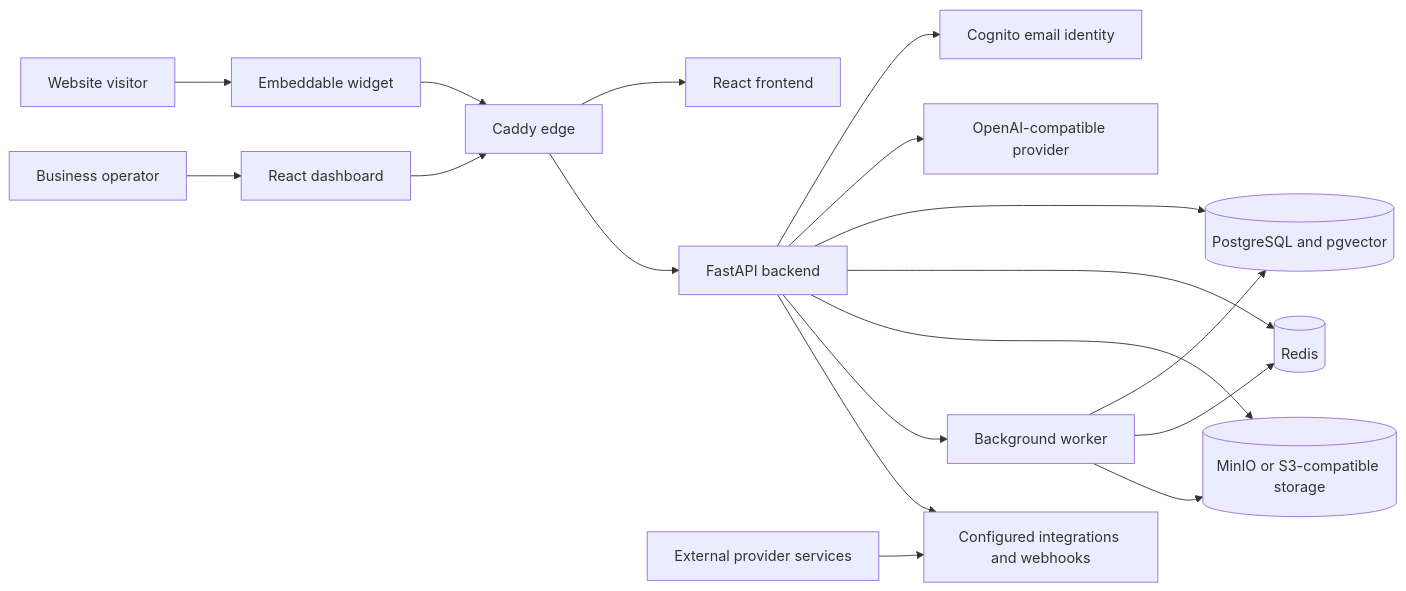
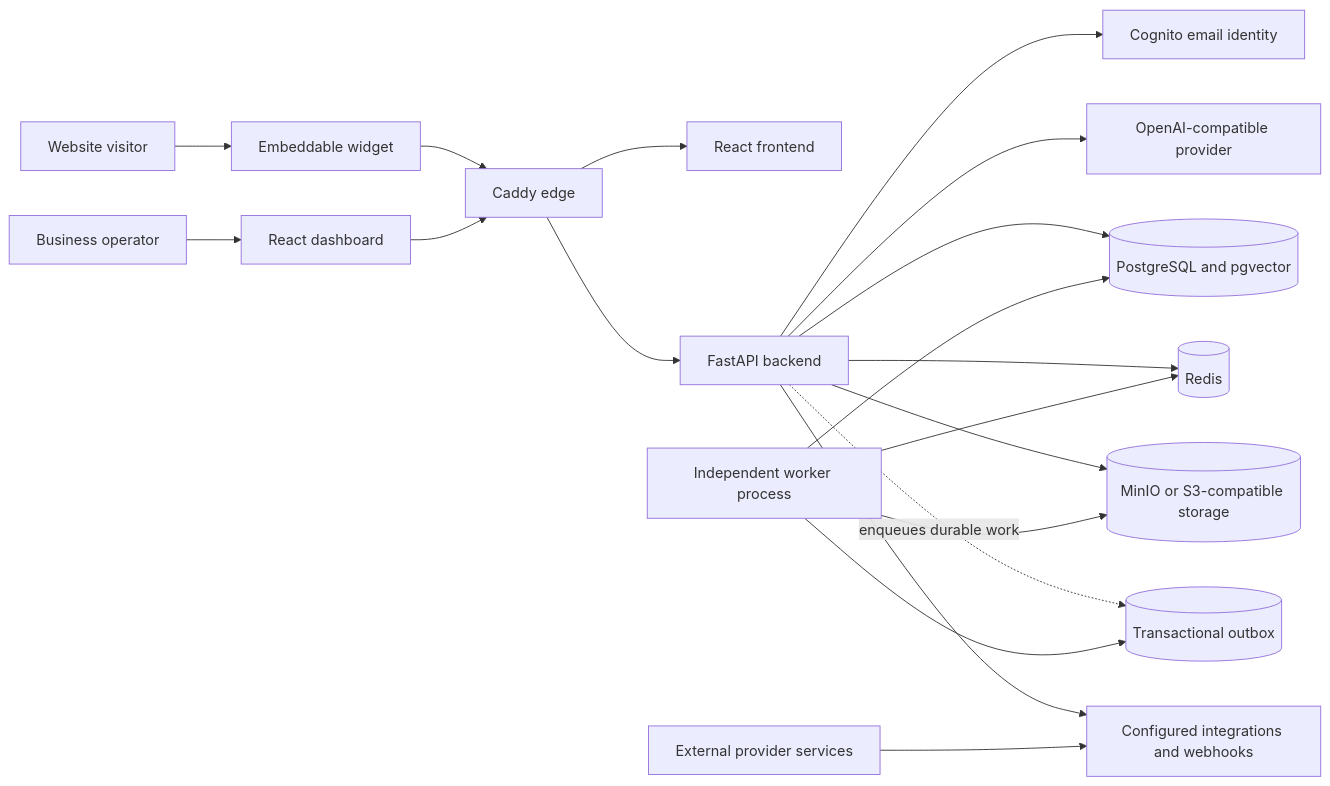
One commit to varunjakkampudi-tech/OraOne changed the second of 2 diagrams in docs/architecture/SYSTEM-OVERVIEW.md. Above: the diagram before and after it, drawn with Mermaid. The commit also changed other lines of this file and 9 other files, not shown here.

````diff
--- a/docs/architecture/SYSTEM-OVERVIEW.md
+++ b/docs/architecture/SYSTEM-OVERVIEW.md
@@ -38,20 +38,21 @@
 ```mermaid
 flowchart LR
   Visitor[Website visitor] --> Widget[Embeddable widget]
   Operator[Business operator] --> Browser[React dashboard]
   Widget --> Edge[Caddy edge]
   Browser --> Edge
   Edge --> Frontend[React frontend]
   Edge --> API[FastAPI backend]
   API --> Cognito[Cognito email identity]
   API --> Router[OpenAI-compatible provider]
   API --> DB[(PostgreSQL and pgvector)]
   API --> Redis[(Redis)]
   API --> Minio[(MinIO or S3-compatible storage)]
-  API --> Worker[Background worker]
+  API -. enqueues durable work .-> Outbox[(Transactional outbox)]
+  Worker[Independent worker process] --> Outbox
   Worker --> DB
   Worker --> Redis
   Worker --> Minio
   API --> Integrations[Configured integrations and webhooks]
   External[External provider services] --> Integrations
 ```
````
